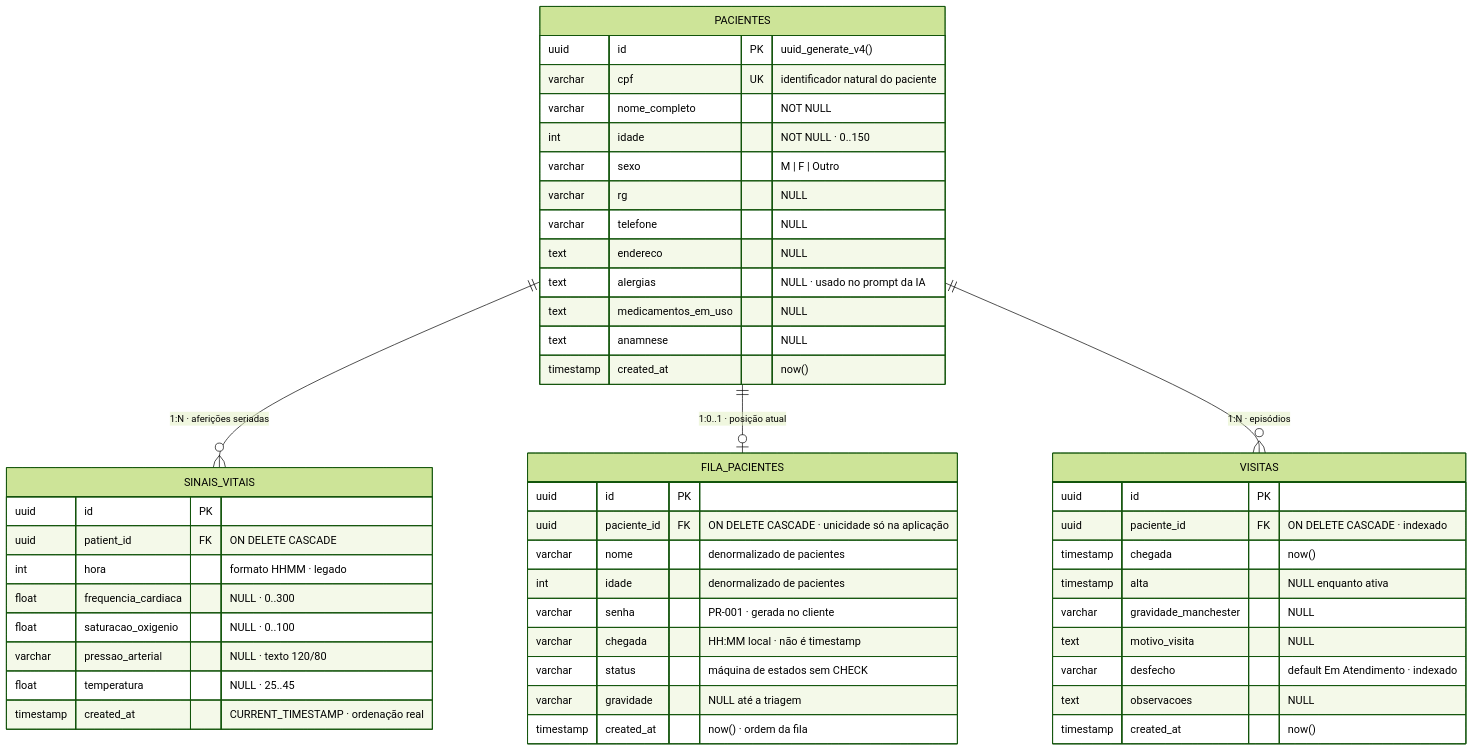
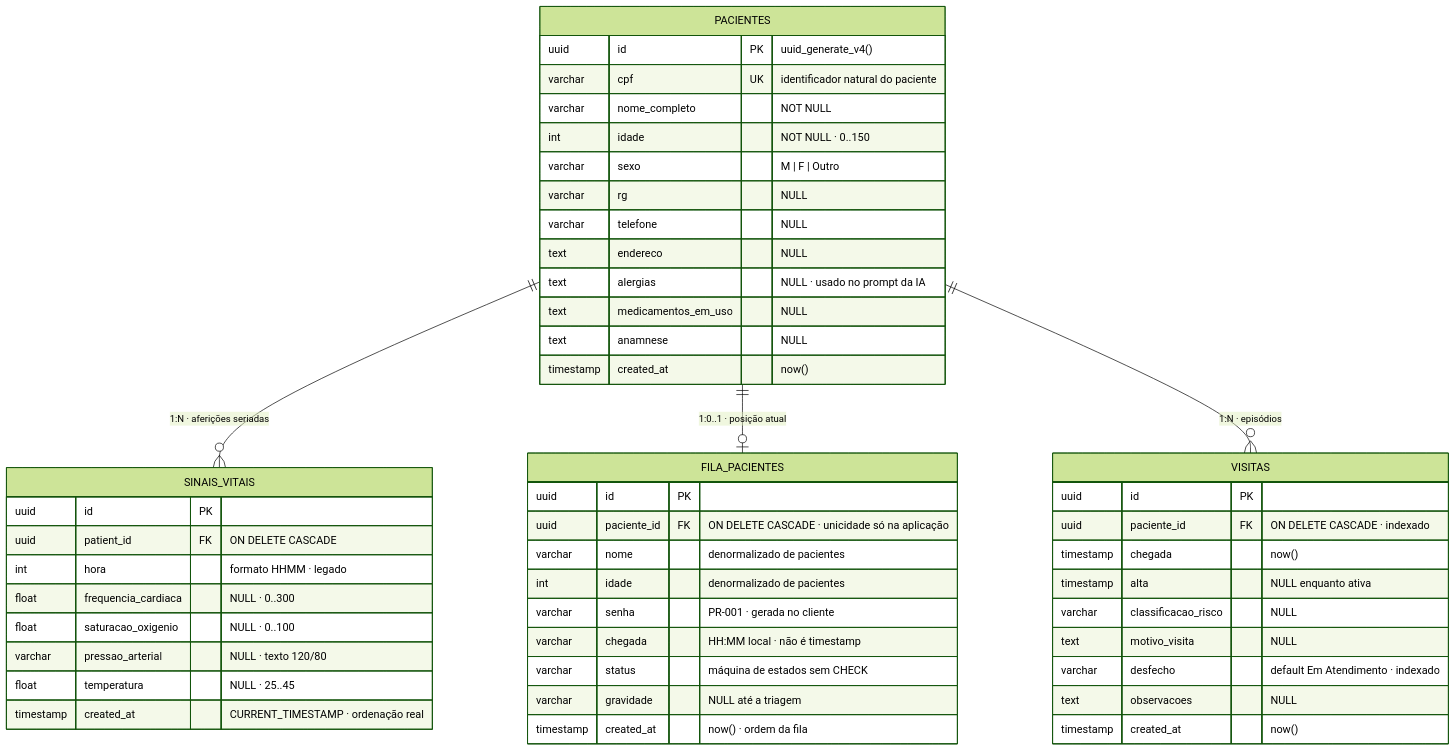
Diagram 12 of 31 in DOCUMENTO_ENGENHARIA_SOFTWARE.md (MikaelDiogo/HealthHub_Mono), drawn with Mermaid (forest theme) before and after one commit. The commit also changed other lines of this file and 63 other files, not shown here.

First line of the commit message:
refactor: migra a esteira de Manchester para classificação de risco (cores manuais, sem tempos-alvo)

````diff
--- a/DOCUMENTO_ENGENHARIA_SOFTWARE.md
+++ b/DOCUMENTO_ENGENHARIA_SOFTWARE.md
@@ -879,56 +873,56 @@
 ```mermaid
 erDiagram
     PACIENTES ||--o{ SINAIS_VITAIS : "1:N · aferições seriadas"
     PACIENTES ||--o| FILA_PACIENTES : "1:0..1 · posição atual"
     PACIENTES ||--o{ VISITAS : "1:N · episódios"
 
     PACIENTES {
         uuid id PK "uuid_generate_v4()"
         varchar cpf UK "identificador natural do paciente"
         varchar nome_completo "NOT NULL"
         int idade "NOT NULL · 0..150"
         varchar sexo "M | F | Outro"
         varchar rg "NULL"
         varchar telefone "NULL"
         text endereco "NULL"
         text alergias "NULL · usado no prompt da IA"
         text medicamentos_em_uso "NULL"
         text anamnese "NULL"
         timestamp created_at "now()"
     }
 
     SINAIS_VITAIS {
         uuid id PK
         uuid patient_id FK "ON DELETE CASCADE"
         int hora "formato HHMM · legado"
         float frequencia_cardiaca "NULL · 0..300"
         float saturacao_oxigenio "NULL · 0..100"
         varchar pressao_arterial "NULL · texto 120/80"
         float temperatura "NULL · 25..45"
         timestamp created_at "CURRENT_TIMESTAMP · ordenação real"
     }
 
     FILA_PACIENTES {
         uuid id PK
         uuid paciente_id FK "ON DELETE CASCADE · unicidade só na aplicação"
         varchar nome "denormalizado de pacientes"
         int idade "denormalizado de pacientes"
         varchar senha "PR-001 · gerada no cliente"
         varchar chegada "HH:MM local · não é timestamp"
         varchar status "máquina de estados sem CHECK"
         varchar gravidade "NULL até a triagem"
         timestamp created_at "now() · ordem da fila"
     }
 
     VISITAS {
         uuid id PK
         uuid paciente_id FK "ON DELETE CASCADE · indexado"
         timestamp chegada "now()"
         timestamp alta "NULL enquanto ativa"
-        varchar gravidade_manchester "NULL"
+        varchar classificacao_risco "NULL"
         text motivo_visita "NULL"
         varchar desfecho "default Em Atendimento · indexado"
         text observacoes "NULL"
         timestamp created_at "now()"
     }
 ```
````
